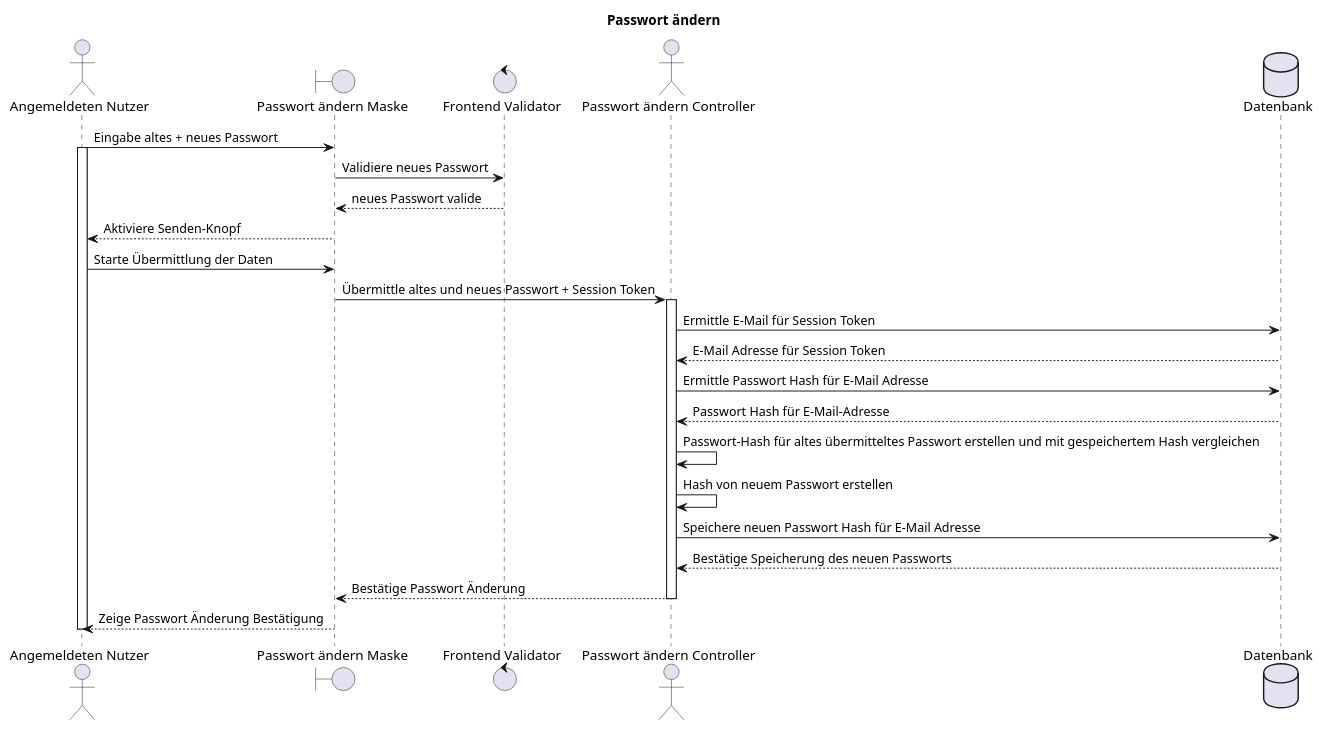
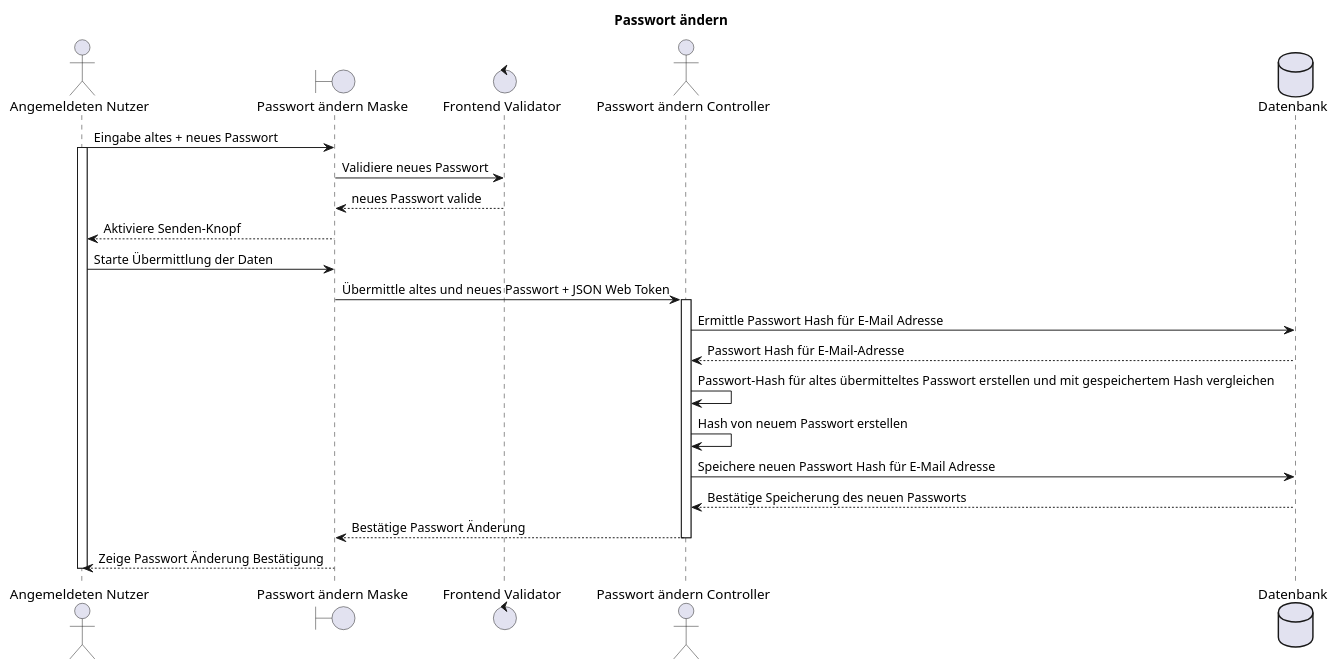
One commit to party-time-2/party-time changed the diagram in doc/F013_passwortAendern.plantuml. Above: the diagram before and after it, drawn with PlantUML. The commit also changed 1 other file, not shown here.

Commit message:
JSON Web Token

```diff
--- a/doc/F013_passwortAendern.plantuml
+++ b/doc/F013_passwortAendern.plantuml
@@ -1,33 +1,31 @@
 @startuml F013_passwortAendern
 title "Passwort ändern"
 
 actor "Angemeldeten Nutzer" as user
 boundary "Passwort ändern Maske" as changePwd
 control "Frontend Validator" as frontValid
 actor "Passwort ändern Controller" as controller
 database "Datenbank" as db
 
 ' Initiale Registrierung
 user -> changePwd: Eingabe altes + neues Passwort
 activate user
 changePwd -> frontValid: Validiere neues Passwort
 changePwd <-- frontValid: neues Passwort valide
 user <-- changePwd: Aktiviere Senden-Knopf
 user -> changePwd: Starte Übermittlung der Daten
 
-changePwd -> controller: Übermittle altes und neues Passwort + Session Token
+changePwd -> controller: Übermittle altes und neues Passwort + JSON Web Token
 activate controller
-controller -> db: Ermittle E-Mail für Session Token
-controller <-- db: E-Mail Adresse für Session Token
 controller -> db: Ermittle Passwort Hash für E-Mail Adresse
 controller <-- db: Passwort Hash für E-Mail-Adresse
 controller -> controller: Passwort-Hash für altes übermitteltes Passwort erstellen und mit gespeichertem Hash vergleichen
 controller -> controller: Hash von neuem Passwort erstellen
 controller -> db: Speichere neuen Passwort Hash für E-Mail Adresse
 controller <-- db: Bestätige Speicherung des neuen Passworts
 changePwd <-- controller: Bestätige Passwort Änderung
 deactivate controller
 
 user <-- changePwd: Zeige Passwort Änderung Bestätigung
 deactivate user
 @enduml
```
